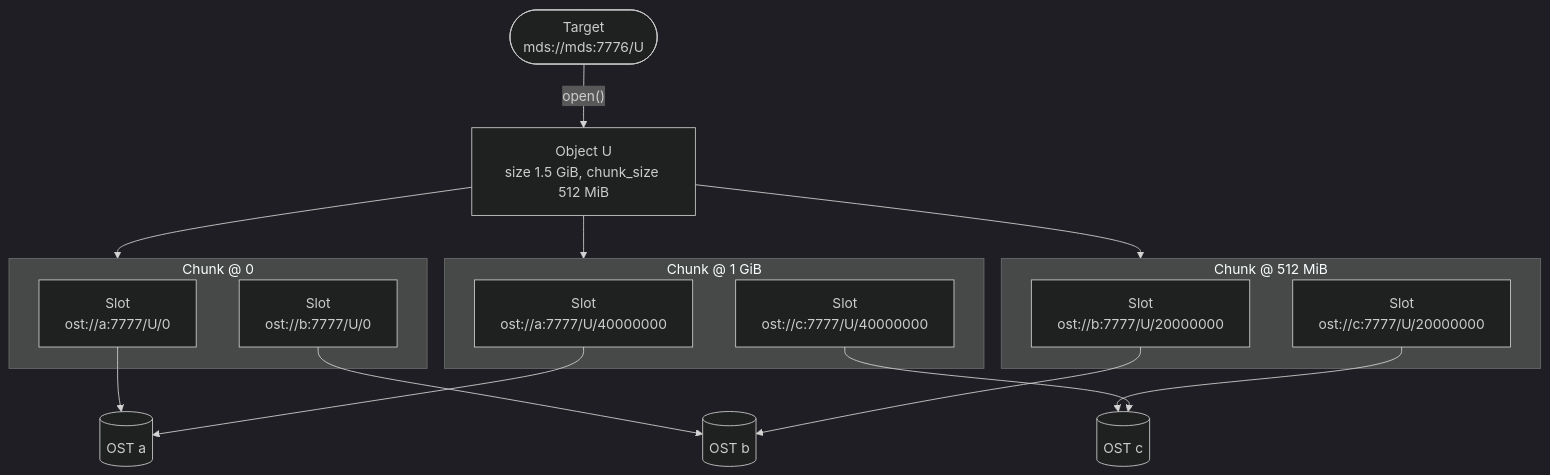
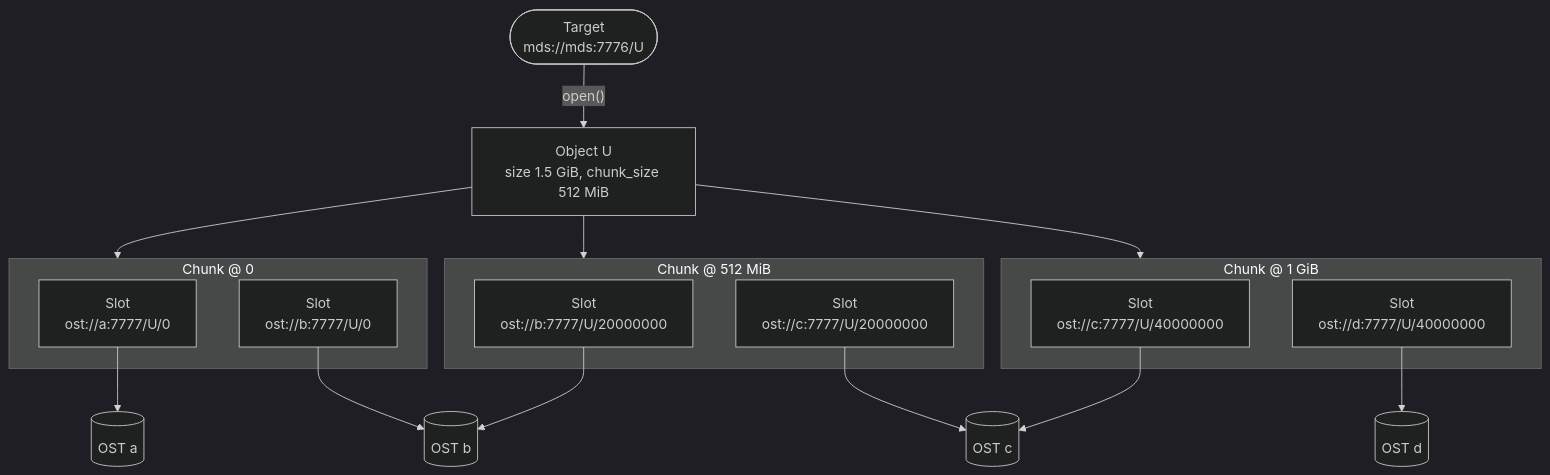
Before and after one commit to rawstor/librawstor: the second of 2 diagrams in docs/concepts.md, drawn with Mermaid (dark theme). The commit also changed other lines of this file, not shown here.

Commit message:
docs(concepts): lay the class diagram out top-down, keep chunks in order
Left-to-right the class diagram rendered too small to read. The example's placement (a,b / b,c / a,c over three OSTs) forced a crossing that mermaid resolved by reordering the chunks; a chain over four OSTs (a,b / b,c / c,d) keeps them at 0, 512 MiB, 1 GiB.

````diff
--- a/docs/concepts.md
+++ b/docs/concepts.md
@@ -95,30 +95,31 @@
 ```mermaid
 flowchart TB
     T(["Target<br/>mds://mds:7776/U"])
     O["Object U<br/>size 1.5 GiB, chunk_size 512 MiB"]
     T -- "open()" --> O
 
     subgraph C0 ["Chunk @ 0"]
         S00["Slot<br/>ost://a:7777/U/0"]
         S01["Slot<br/>ost://b:7777/U/0"]
     end
     subgraph C1 ["Chunk @ 512 MiB"]
         S10["Slot<br/>ost://b:7777/U/20000000"]
         S11["Slot<br/>ost://c:7777/U/20000000"]
     end
     subgraph C2 ["Chunk @ 1 GiB"]
-        S20["Slot<br/>ost://a:7777/U/40000000"]
-        S21["Slot<br/>ost://c:7777/U/40000000"]
+        S20["Slot<br/>ost://c:7777/U/40000000"]
+        S21["Slot<br/>ost://d:7777/U/40000000"]
     end
     O --> C0 & C1 & C2
 
     A[("OST a")]
     B[("OST b")]
     C[("OST c")]
+    D[("OST d")]
     S00 --> A
     S01 --> B
     S10 --> B
     S11 --> C
-    S20 --> A
-    S21 --> C
+    S20 --> C
+    S21 --> D
 ```
````
